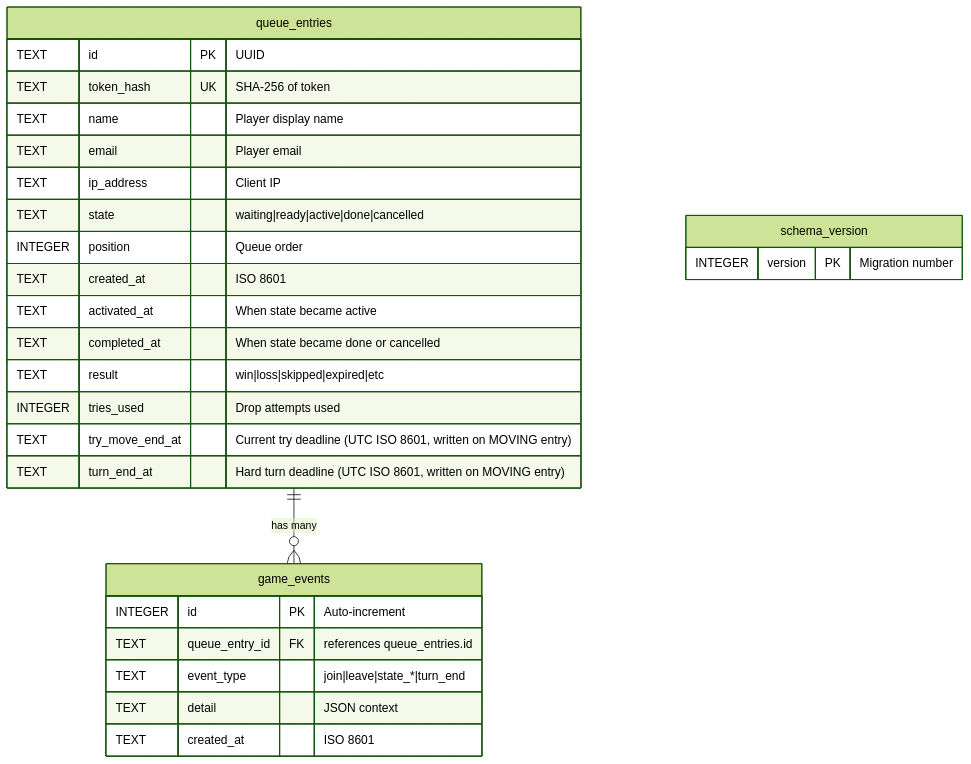
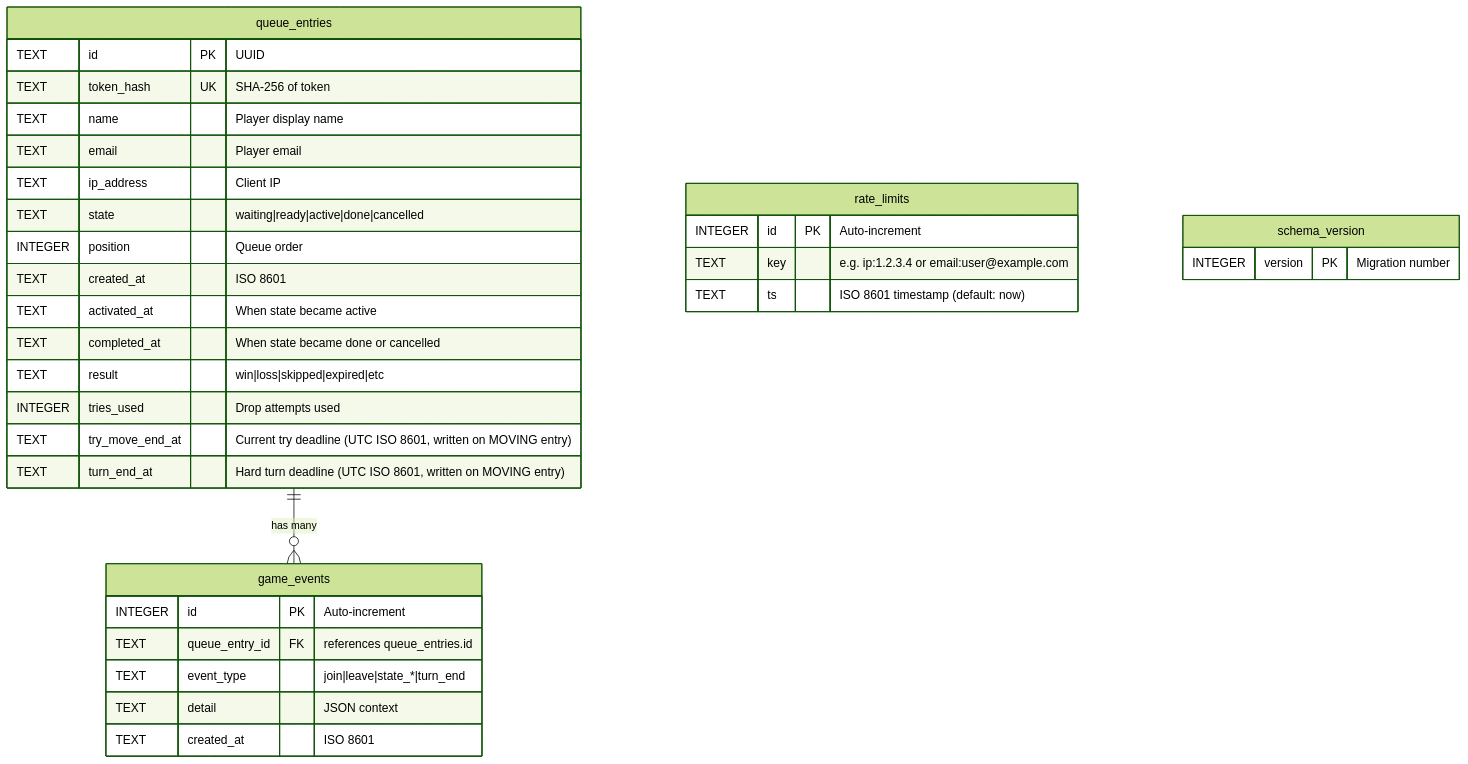
One commit to morroware/ECLAW changed the ninth of 12 diagrams in docs/queue-flow.md. Above: the diagram before and after it, drawn with Mermaid (forest theme). The commit also changed other lines of this file and 2 other files, not shown here.

````diff
--- a/docs/queue-flow.md
+++ b/docs/queue-flow.md
@@ -559,33 +565,39 @@
 ```mermaid
 erDiagram
     queue_entries {
         TEXT id PK "UUID"
         TEXT token_hash UK "SHA-256 of token"
         TEXT name "Player display name"
         TEXT email "Player email"
         TEXT ip_address "Client IP"
         TEXT state "waiting|ready|active|done|cancelled"
         INTEGER position "Queue order"
         TEXT created_at "ISO 8601"
         TEXT activated_at "When state became active"
         TEXT completed_at "When state became done or cancelled"
         TEXT result "win|loss|skipped|expired|etc"
         INTEGER tries_used "Drop attempts used"
         TEXT try_move_end_at "Current try deadline (UTC ISO 8601, written on MOVING entry)"
         TEXT turn_end_at "Hard turn deadline (UTC ISO 8601, written on MOVING entry)"
     }
 
     game_events {
         INTEGER id PK "Auto-increment"
         TEXT queue_entry_id FK "references queue_entries.id"
         TEXT event_type "join|leave|state_*|turn_end"
         TEXT detail "JSON context"
         TEXT created_at "ISO 8601"
     }
 
+    rate_limits {
+        INTEGER id PK "Auto-increment"
+        TEXT key "e.g. ip:1.2.3.4 or email:user@example.com"
+        TEXT ts "ISO 8601 timestamp (default: now)"
+    }
+
     schema_version {
         INTEGER version PK "Migration number"
     }
 
     queue_entries ||--o{ game_events : "has many"
 ```
````
